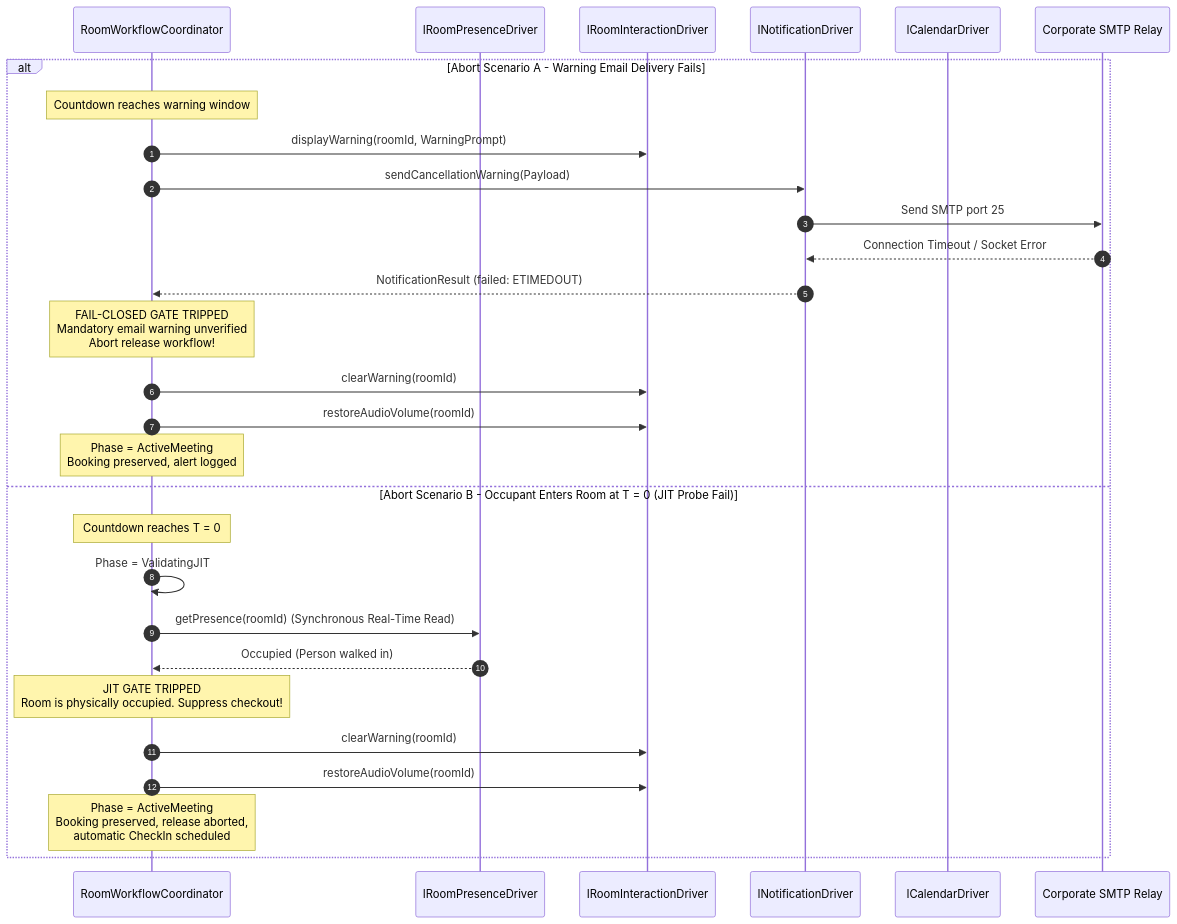
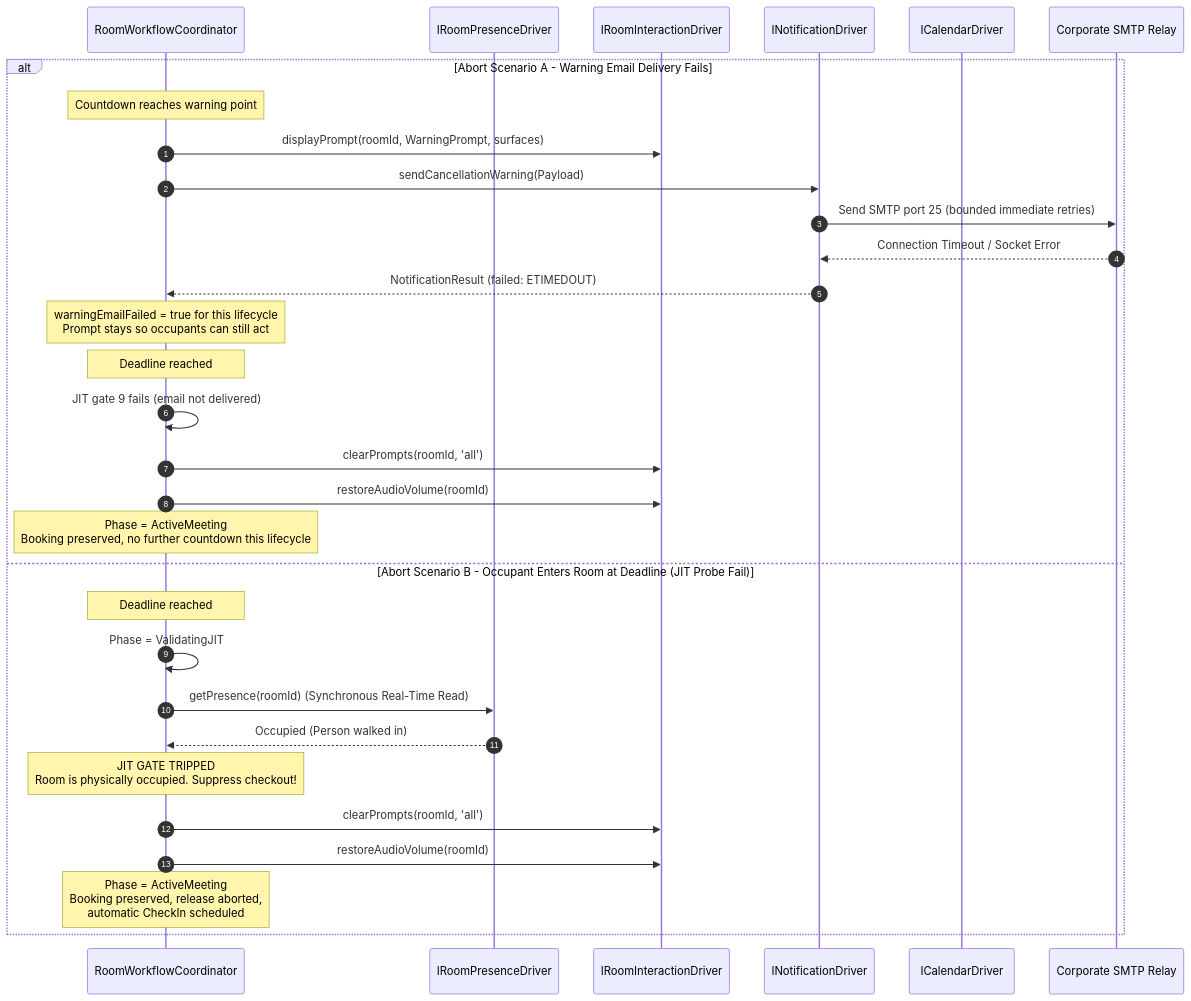
One commit to oscarpe979/vc-booking-autocancellation changed the third of 3 diagrams in service/docs/ServiceLowLevelDesign.md. Above: the diagram before and after it, drawn with Mermaid. The commit also changed other lines of this file and 3 other files, not shown here.

````diff
--- a/service/docs/ServiceLowLevelDesign.md
+++ b/service/docs/ServiceLowLevelDesign.md
@@ -501,32 +564,34 @@
 ```mermaid
 sequenceDiagram
     autonumber
     participant Coordinator as RoomWorkflowCoordinator
     participant Presence as IRoomPresenceDriver
     participant Interaction as IRoomInteractionDriver
     participant Notify as INotificationDriver
     participant Calendar as ICalendarDriver
     participant Smtp as Corporate SMTP Relay
 
     alt Abort Scenario A - Warning Email Delivery Fails
-        Note over Coordinator: Countdown reaches warning window
-        Coordinator->>Interaction: displayWarning(roomId, WarningPrompt)
+        Note over Coordinator: Countdown reaches warning point
+        Coordinator->>Interaction: displayPrompt(roomId, WarningPrompt, surfaces)
         Coordinator->>Notify: sendCancellationWarning(Payload)
-        Notify->>Smtp: Send SMTP port 25
+        Notify->>Smtp: Send SMTP port 25 (bounded immediate retries)
         Smtp-->>Notify: Connection Timeout / Socket Error
         Notify-->>Coordinator: NotificationResult (failed: ETIMEDOUT)
-        Note over Coordinator: FAIL-CLOSED GATE TRIPPED<br/>Mandatory email warning unverified<br/>Abort release workflow!
-        Coordinator->>Interaction: clearWarning(roomId)
+        Note over Coordinator: warningEmailFailed = true for this lifecycle<br/>Prompt stays so occupants can still act
+        Note over Coordinator: Deadline reached
+        Coordinator->>Coordinator: JIT gate 9 fails (email not delivered)
+        Coordinator->>Interaction: clearPrompts(roomId, 'all')
         Coordinator->>Interaction: restoreAudioVolume(roomId)
-        Note over Coordinator: Phase = ActiveMeeting<br/>Booking preserved, alert logged
-    else Abort Scenario B - Occupant Enters Room at T = 0 (JIT Probe Fail)
-        Note over Coordinator: Countdown reaches T = 0
+        Note over Coordinator: Phase = ActiveMeeting<br/>Booking preserved, no further countdown this lifecycle
+    else Abort Scenario B - Occupant Enters Room at Deadline (JIT Probe Fail)
+        Note over Coordinator: Deadline reached
         Coordinator->>Coordinator: Phase = ValidatingJIT
         Coordinator->>Presence: getPresence(roomId) (Synchronous Real-Time Read)
         Presence-->>Coordinator: Occupied (Person walked in)
         Note over Coordinator: JIT GATE TRIPPED<br/>Room is physically occupied. Suppress checkout!
-        Coordinator->>Interaction: clearWarning(roomId)
+        Coordinator->>Interaction: clearPrompts(roomId, 'all')
         Coordinator->>Interaction: restoreAudioVolume(roomId)
         Note over Coordinator: Phase = ActiveMeeting<br/>Booking preserved, release aborted,<br/>automatic CheckIn scheduled
     end
 ```
````
